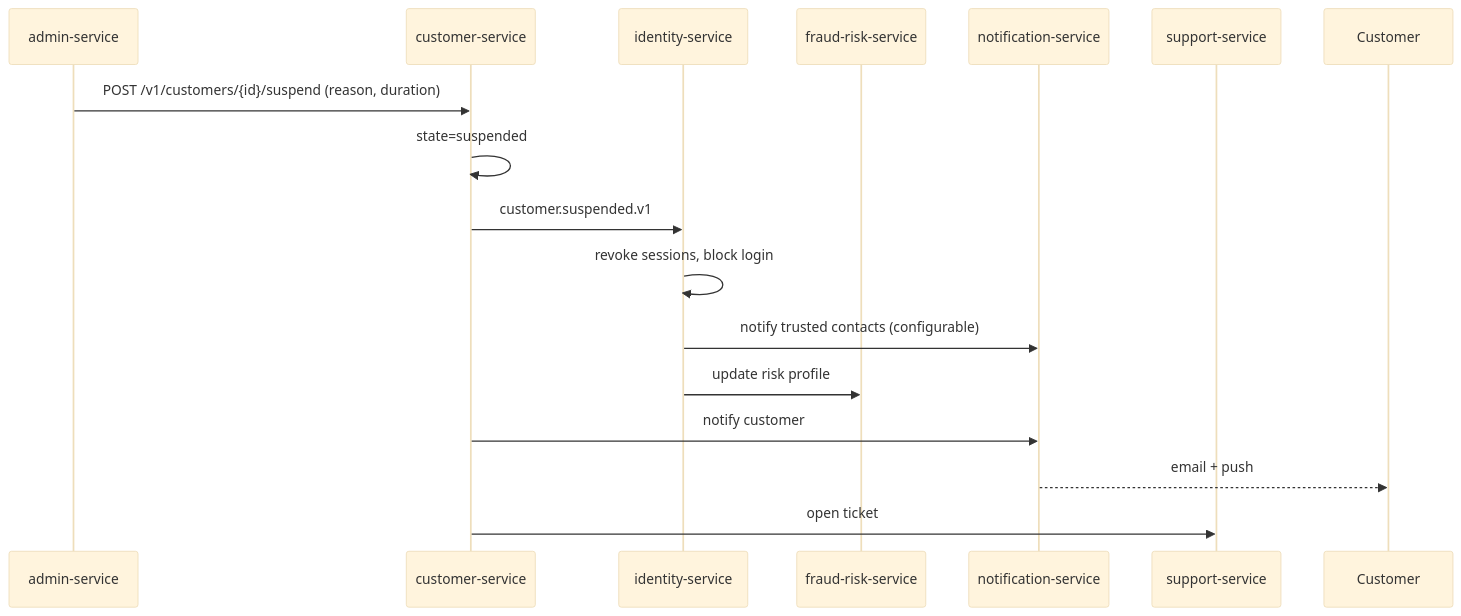
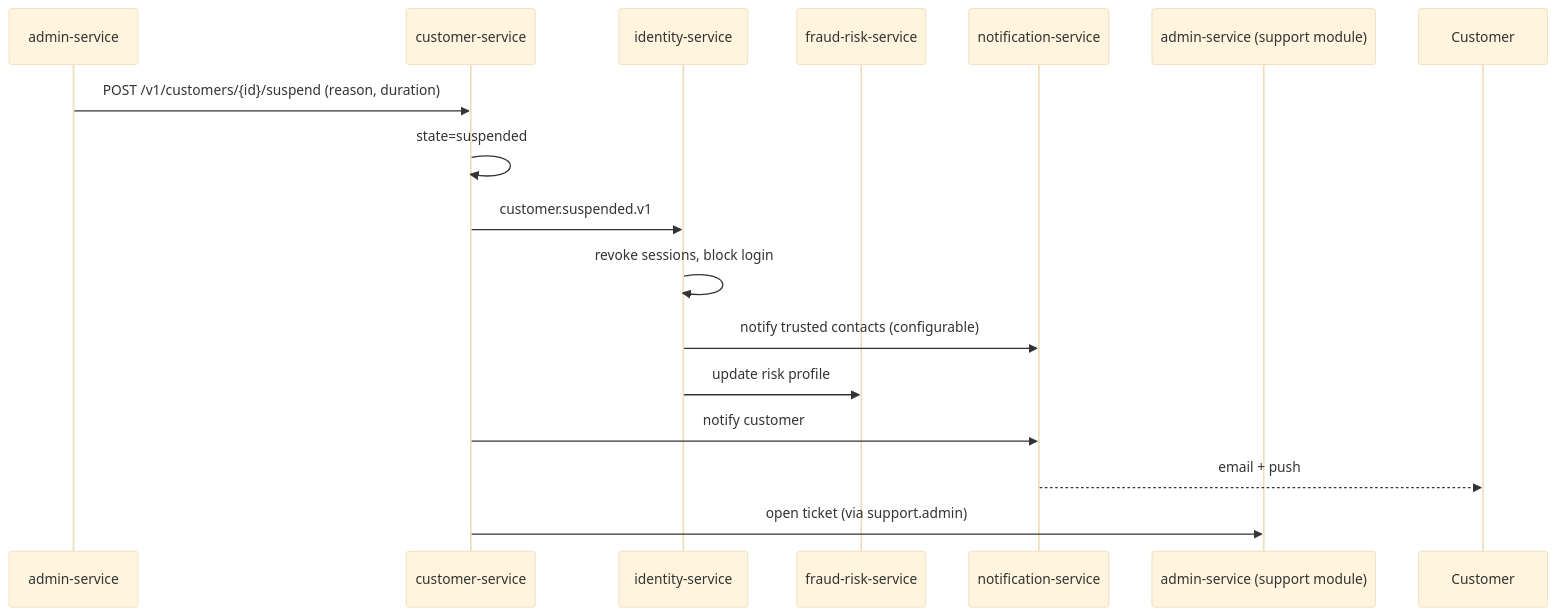
The fifth of 10 diagrams in docs/workflows/SAFETY_WORKFLOWS.md (mohamedhabibwork/trips-enjoy-docs), drawn with Mermaid (base theme) before and after one commit. The commit also changed other lines of this file and 525 other files, not shown here.

````diff
--- a/docs/workflows/SAFETY_WORKFLOWS.md
+++ b/docs/workflows/SAFETY_WORKFLOWS.md
@@ -96,20 +99,20 @@
 ```mermaid
 sequenceDiagram
     participant ADM as admin-service
     participant CST as customer-service
     participant ID as identity-service
     participant FR as fraud-risk-service
     participant NOT as notification-service
-    participant SUP as support-service
+    participant ADM2 as admin-service (support module)
     participant C as Customer
 
     ADM->>CST: POST /v1/customers/{id}/suspend (reason, duration)
     CST->>CST: state=suspended
     CST->>ID: customer.suspended.v1
     ID->>ID: revoke sessions, block login
     ID->>NOT: notify trusted contacts (configurable)
     ID->>FR: update risk profile
     CST->>NOT: notify customer
     NOT-->>C: email + push
-    CST->>SUP: open ticket
+    CST->>ADM2: open ticket (via support.admin)
 ```
````
